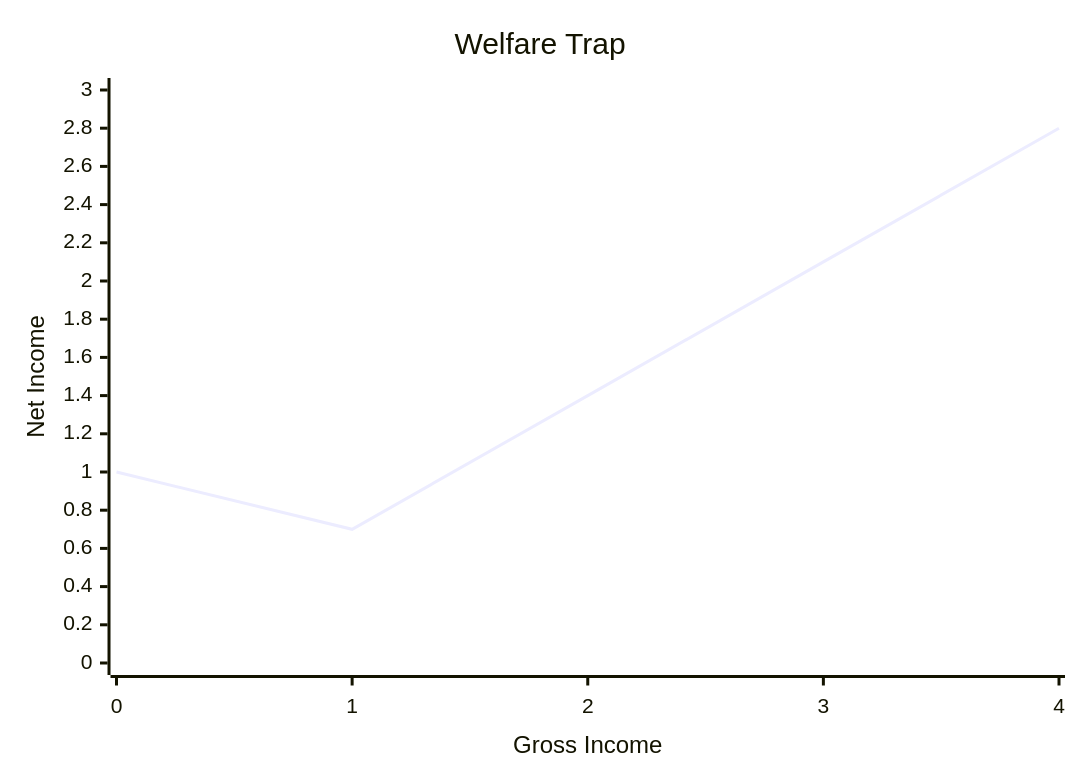
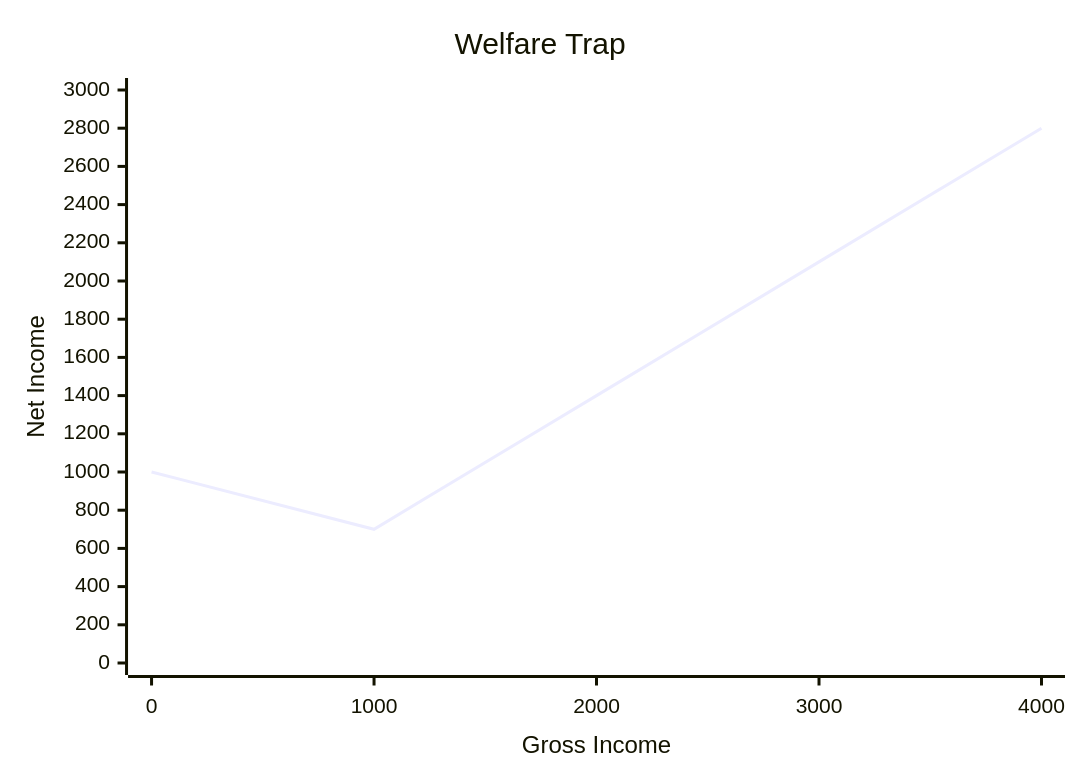
One commit to sergey-shandar/public changed the first of 4 diagrams in notes/economy/justice.md. Above: the diagram before and after it, drawn with Mermaid. The commit also changed other lines of this file, not shown here.

````diff
--- a/notes/economy/justice.md
+++ b/notes/economy/justice.md
@@ -14,7 +14,7 @@
 ```mermaid
 xychart-beta
     title "Welfare Trap"
-    x-axis "Gross Income" [0, 1, 2, 3, 4]
-    y-axis "Net Income" 0 --> 3
-    line [1, 0.7, 1.4, 2.1, 2.8]
+    x-axis "Gross Income" [0, 1000, 2000, 3000, 4000]
+    y-axis "Net Income" 0 --> 3000
+    line [1000, 700, 1400, 2100, 2800]
 ```
````
